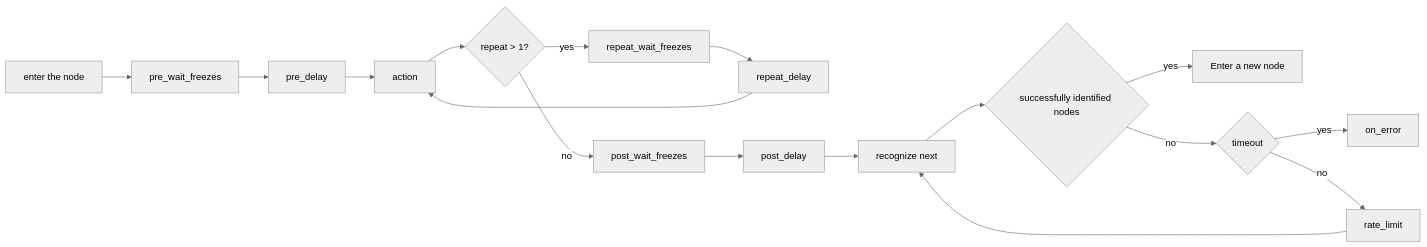
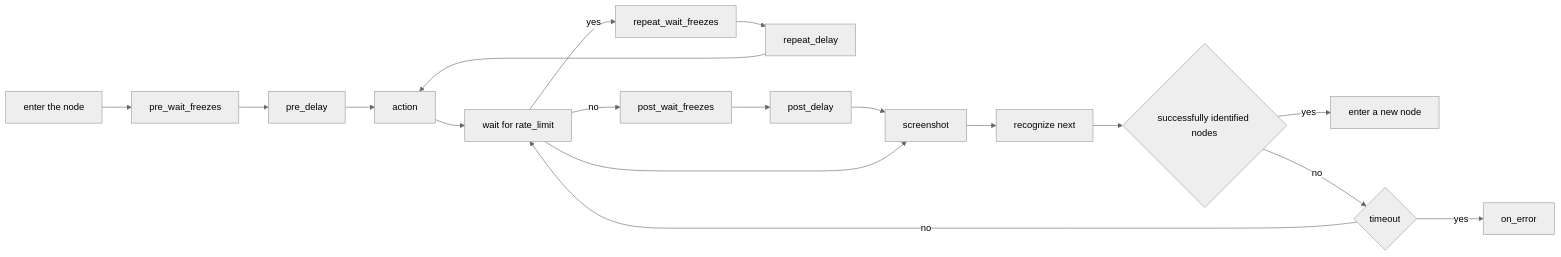
One commit to MaaXYZ/MaaFramework changed the third of 4 diagrams in docs/en_us/3.1-PipelineProtocol.md. Above: the diagram before and after it, drawn with Mermaid (neutral theme). The commit also changed 1 other file, not shown here.

Commit message:
docs: update pipeline protocol flowchart with screenshot step

````diff
--- a/docs/en_us/3.1-PipelineProtocol.md
+++ b/docs/en_us/3.1-PipelineProtocol.md
@@ -235,19 +235,20 @@
 ```mermaid
     graph LR
         A[enter the node] --> B[pre_wait_freezes]
         B --> C[pre_delay]
         C --> D[action]
         D --> M{repeat > 1?}
         M -->|yes| N[repeat_wait_freezes]
         N --> O[repeat_delay]
         O --> D
         M -->|no| E[post_wait_freezes]
         E --> F[post_delay]
-        F --> G[recognize next]
-        G --> H{successfully identified nodes}
-        H -->|yes| I[Enter a new node]
-        H -->|no| J{timeout}
-        J -->|yes| K[on_error]
-        J -->|no| L[rate_limit]
-        L --> G
+        F --> G[screenshot]
+        G --> H[recognize next]
+        H --> I{successfully identified nodes}
+        I -->|yes| J[enter a new node]
+        I -->|no| K{timeout}
+        K -->|yes| L[on_error]
+        K -->|no| M[wait for rate_limit]
+        M --> G
 ```
````
